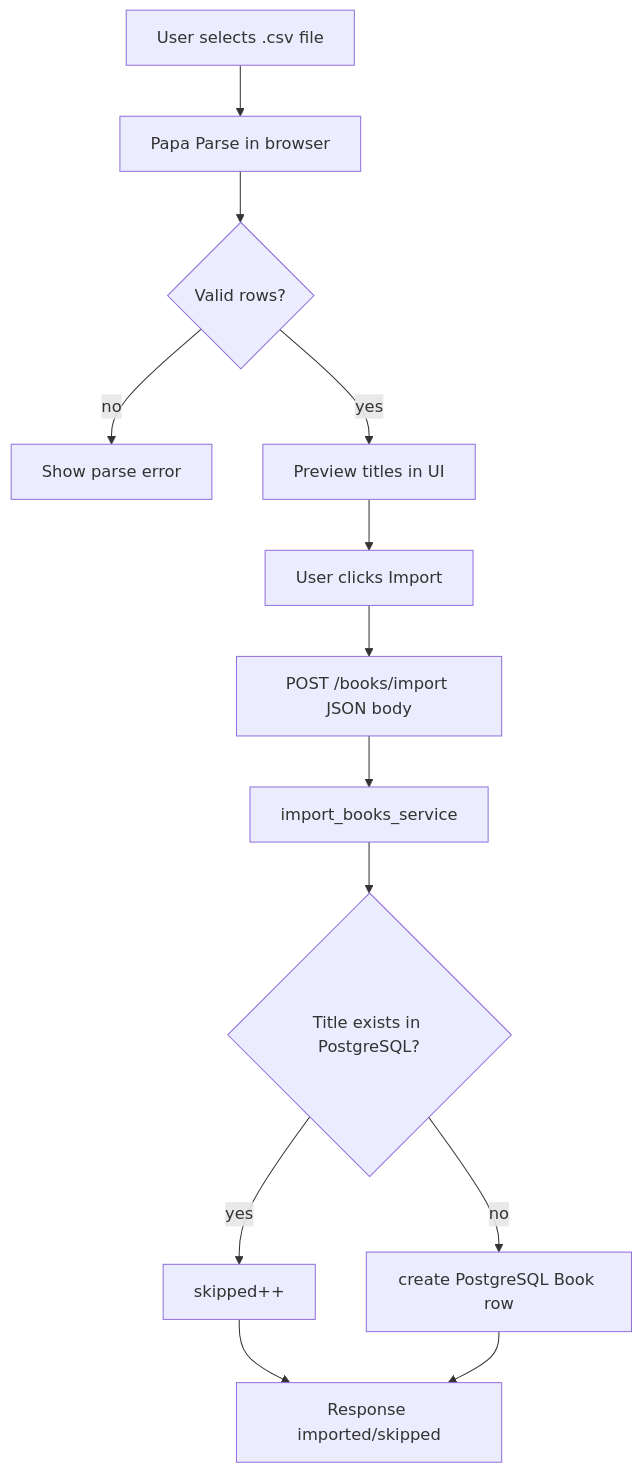
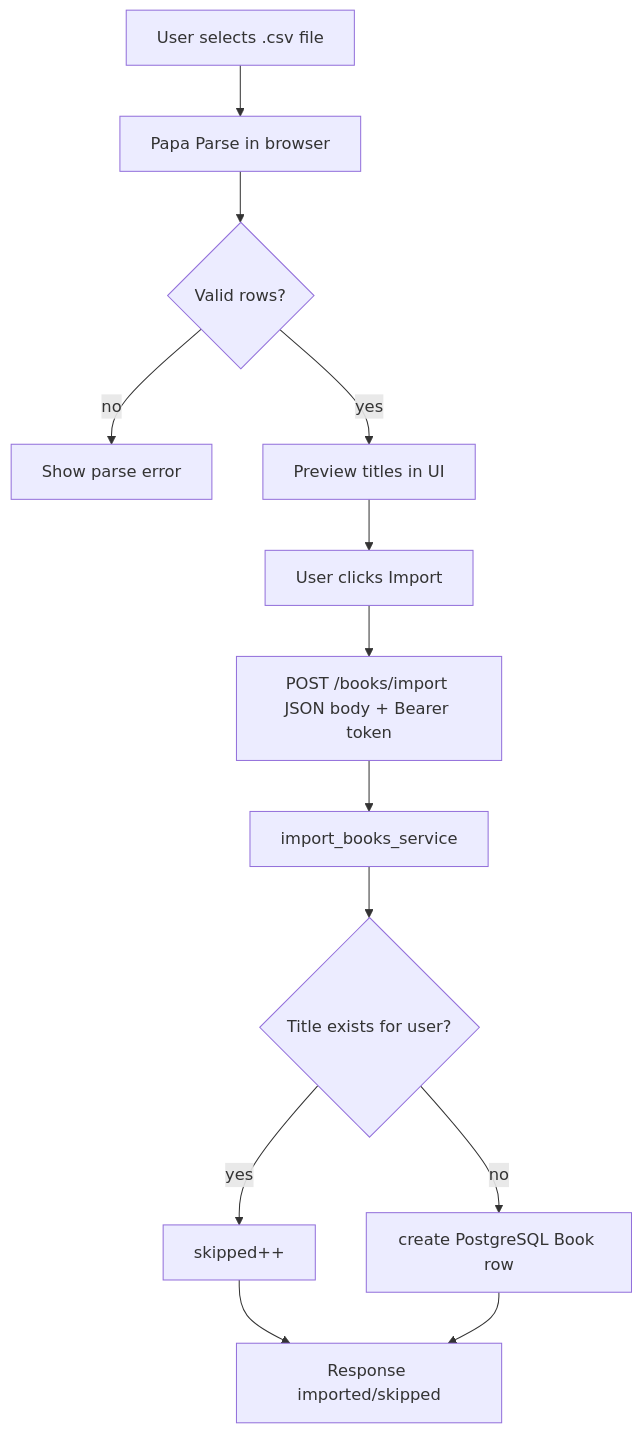
The first of 2 diagrams in docs/engineering/import-export.md (tranguyeenn/shelftxt), drawn with Mermaid before and after one commit. The commit also changed other lines of this file and 23 other files, not shown here.

Commit message:
Complete user ownership migration and apply missing schema updates

````diff
--- a/docs/engineering/import-export.md
+++ b/docs/engineering/import-export.md
@@ -20,15 +22,15 @@
 ```mermaid
 flowchart TD
   A[User selects .csv file] --> B[Papa Parse in browser]
   B --> C{Valid rows?}
   C -->|no| D[Show parse error]
   C -->|yes| E[Preview titles in UI]
   E --> F[User clicks Import]
-  F --> G[POST /books/import JSON body]
+  F --> G[POST /books/import JSON body + Bearer token]
   G --> H[import_books_service]
-  H --> I{Title exists in PostgreSQL?}
+  H --> I{Title exists for user?}
   I -->|yes| J[skipped++]
   I -->|no| K[create PostgreSQL Book row]
   J --> M[Response imported/skipped]
   K --> M
 ```
````
